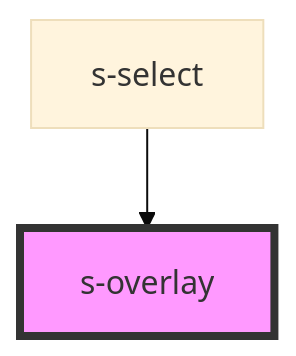
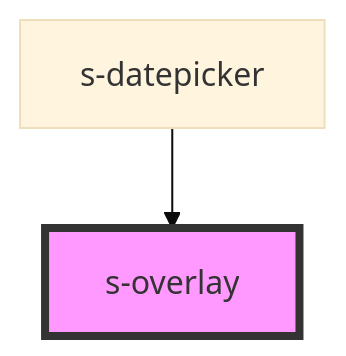
Before and after one commit to SeanWong24/s-elements: the diagram in src/components/s-overlay/readme.md, drawn with Mermaid (base theme). The commit also changed other lines of this file and 3 other files, not shown here.

Commit message:
use s-overlay for s-datepicker

````diff
--- a/src/components/s-overlay/readme.md
+++ b/src/components/s-overlay/readme.md
@@ -27,5 +27,5 @@
 ```mermaid
 graph TD;
-  s-select --> s-overlay
+  s-datepicker --> s-overlay
   style s-overlay fill:#f9f,stroke:#333,stroke-width:4px
 ```
````
